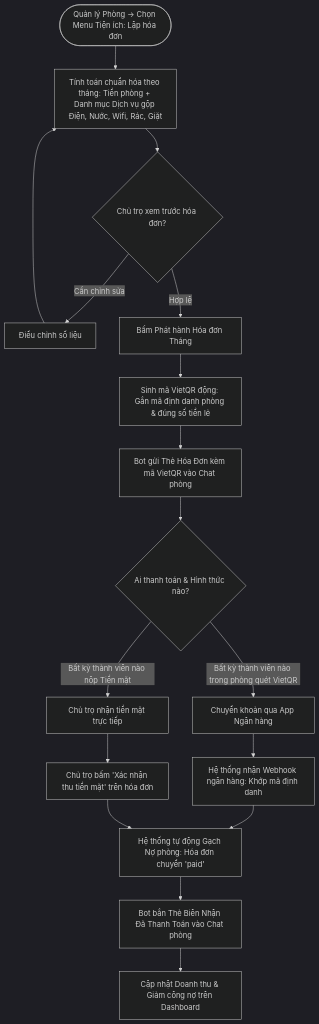
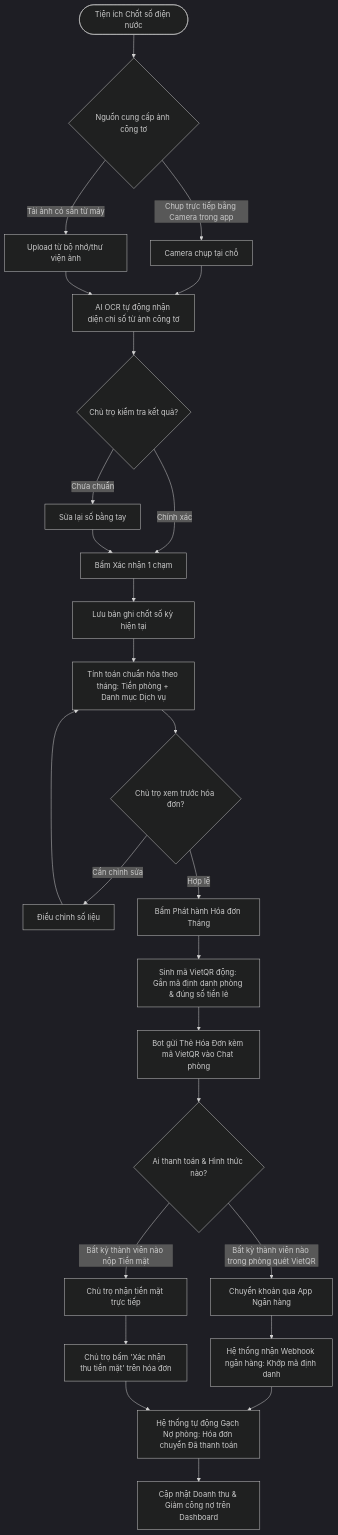
Before and after one commit to pbl6-home-renter/docs: the fifth of 8 diagrams in phase-1/discovery/user_flow/landlord_user_flow.md, drawn with Mermaid (dark theme). The commit also changed other lines of this file and 6 other files, not shown here.

````diff
--- a/phase-1/discovery/user_flow/landlord_user_flow.md
+++ b/phase-1/discovery/user_flow/landlord_user_flow.md
@@ -177,26 +143,42 @@
 ```mermaid
 flowchart TD
-    StartInvoice([Quản lý Phòng -> Chọn Menu Tiện ích: Lập hóa đơn]) --> CalcAmount[Tính toán chuẩn hóa theo tháng: Tiền phòng + Danh mục Dịch vụ gộp Điện, Nước, Wifi, Rác, Giặt]
+    %% Chốt số điện nước
+    StartMeter([Tiện ích Chốt số điện nước]) --> SelectCaptureMethod{Nguồn cung cấp ảnh công tơ}
+    
+    SelectCaptureMethod -->|Chụp trực tiếp bằng Camera trong app| LiveCamera[Camera chụp tại chỗ]
+    SelectCaptureMethod -->|Tải ảnh có sẵn từ máy| UploadFromStorage[Upload từ bộ nhớ/thư viện ảnh]
+    
+    LiveCamera --> RunOCR[AI OCR tự động nhận diện chỉ số từ ảnh công tơ]
+    UploadFromStorage --> RunOCR
+    
+    RunOCR --> ReviewIndex{Chủ trọ kiểm tra kết quả?}
+    ReviewIndex -->|Chưa chuẩn| EditManual[Sửa lại số bằng tay]
+    ReviewIndex -->|Chính xác| ConfirmIndex[Bấm Xác nhận 1 chạm]
+    EditManual --> ConfirmIndex
+    
+    ConfirmIndex --> SaveMeterDB[Lưu bản ghi chốt số kỳ hiện tại]
+    
+    %% Lập hóa đơn
+    SaveMeterDB --> CalcAmount[Tính toán chuẩn hóa theo tháng: Tiền phòng + Danh mục Dịch vụ]
     CalcAmount --> ReviewBill{Chủ trọ xem trước hóa đơn?}
     
     ReviewBill -->|Cần chỉnh sửa| EditBill[Điều chỉnh số liệu] --> CalcAmount
     ReviewBill -->|Hợp lệ| PublishBill[Bấm Phát hành Hóa đơn Tháng]
     
     PublishBill --> GenQR[Sinh mã VietQR động: Gắn mã định danh phòng & đúng số tiền lẻ]
     GenQR --> BotSendBill[Bot gửi Thẻ Hóa Đơn kèm mã VietQR vào Chat phòng]
     
     BotSendBill --> PayMethod{Ai thanh toán & Hình thức nào?}
     
     %% Bất kỳ ai quét VietQR
     PayMethod -->|Bất kỳ thành viên nào trong phòng quét VietQR| BankTransfer[Chuyển khoản qua App Ngân hàng]
     BankTransfer --> WebhookReconcile[Hệ thống nhận Webhook ngân hàng: Khớp mã định danh]
-    WebhookReconcile --> AutoGachNo[Hệ thống tự động Gạch Nợ phòng: Hóa đơn chuyển 'paid']
+    WebhookReconcile --> AutoGachNo[Hệ thống tự động Gạch Nợ phòng: Hóa đơn chuyển Đã thanh toán]
     
     %% Bất kỳ ai nộp tiền mặt
     PayMethod -->|Bất kỳ thành viên nào nộp Tiền mặt| CashPay[Chủ trọ nhận tiền mặt trực tiếp]
     CashPay --> ConfirmCashBtn[Chủ trọ bấm 'Xác nhận thu tiền mặt' trên hóa đơn]
     ConfirmCashBtn --> AutoGachNo
     
-    AutoGachNo --> BotReceipt[Bot bắn Thẻ Biên Nhận Đã Thanh Toán vào Chat phòng]
-    BotReceipt --> UpdateFinDash[Cập nhật Doanh thu & Giảm công nợ trên Dashboard]
+    AutoGachNo --> UpdateFinDash[Cập nhật Doanh thu & Giảm công nợ trên Dashboard]
 ```
````
